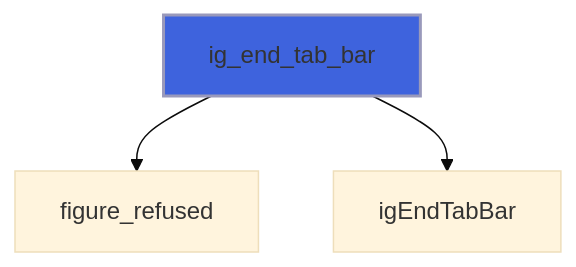
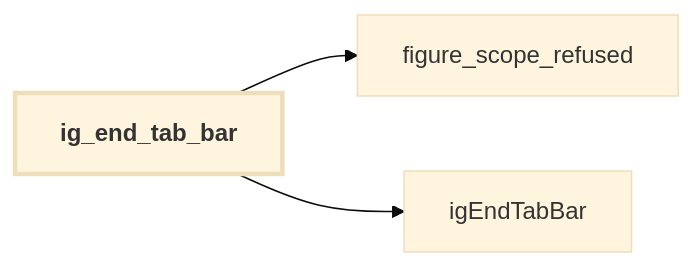
The ninth of 40 diagrams in docs/api/src/lib/figure_group.md (szaghi/figure), drawn with Mermaid (base theme) before and after one commit. The commit also changed other lines of this file and 54 other files, not shown here.

````diff
--- a/docs/api/src/lib/figure_group.md
+++ b/docs/api/src/lib/figure_group.md
@@ -227,6 +432,9 @@
 ```mermaid
-flowchart TD
-  ig_end_tab_bar["ig_end_tab_bar"] --> figure_refused["figure_refused"]
+flowchart LR
+  ig_end_tab_bar["ig_end_tab_bar"] --> figure_scope_refused["figure_scope_refused"]
   ig_end_tab_bar["ig_end_tab_bar"] --> igEndTabBar["igEndTabBar"]
-  style ig_end_tab_bar fill:#3e63dd,stroke:#99b,stroke-width:2px
+  classDef focus stroke-width:3px,font-weight:bold
+  class ig_end_tab_bar focus
+  click figure_scope_refused href "figure_base.html#figure-scope-refused" "figure_scope_refused"
+  click igEndTabBar href "figure_cimgui.html#igendtabbar" "igEndTabBar"
 ```
````
